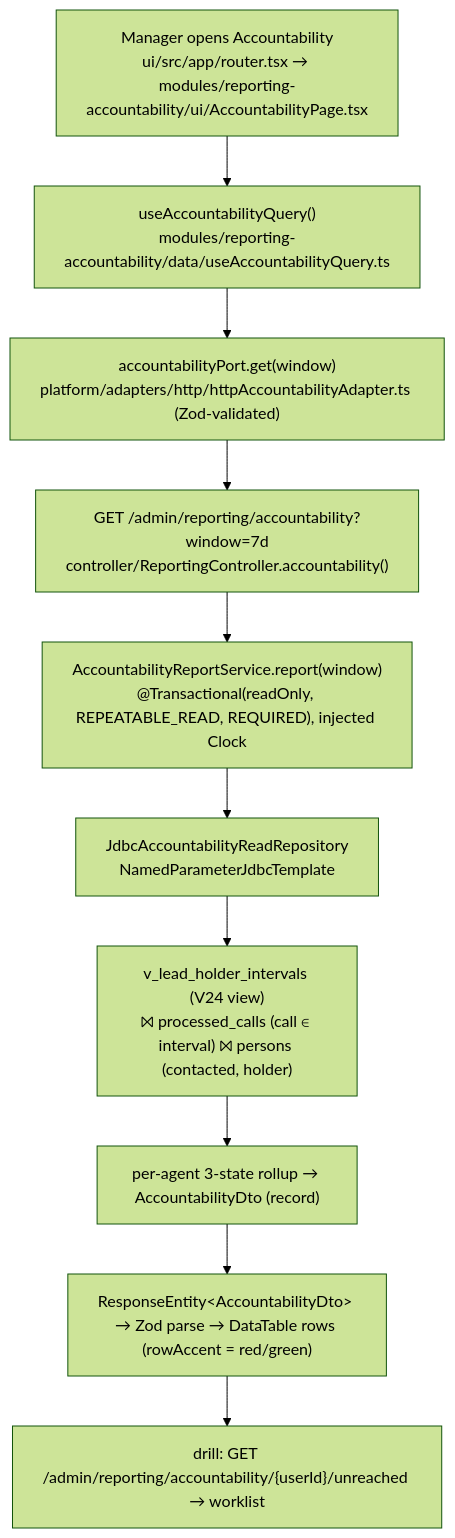
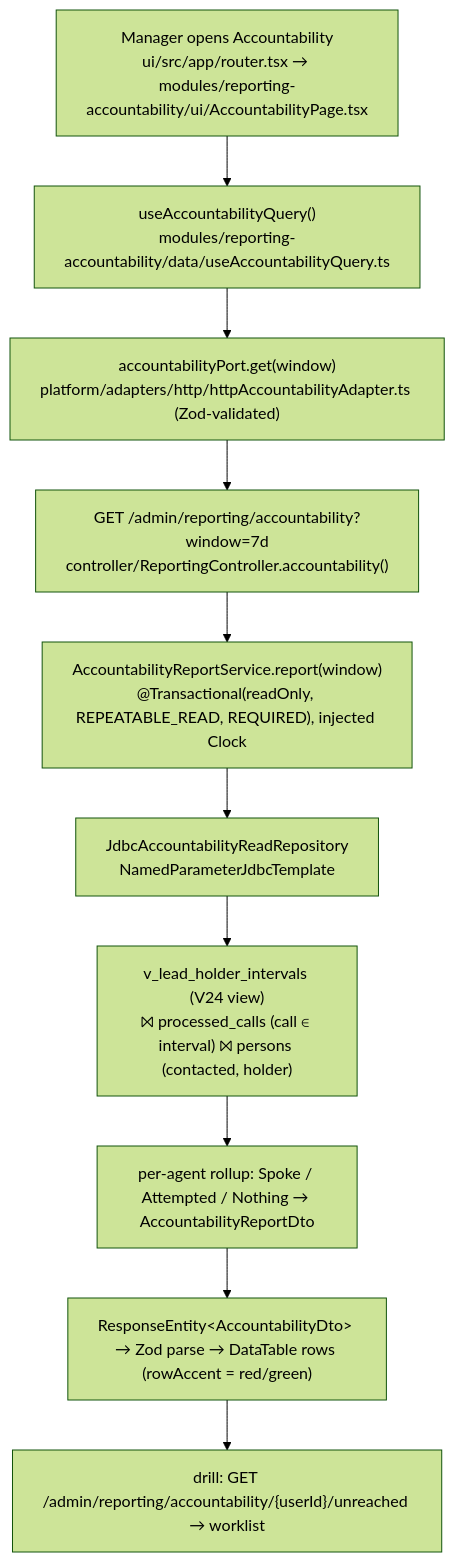
The diagram in Docs/features/reporting-platform/phase-2-implementation.md (sarathkumar365/FUB-Automation), drawn with Mermaid (forest theme) before and after one commit. The commit also changed other lines of this file and 4 other files, not shown here.

````diff
--- a/Docs/features/reporting-platform/phase-2-implementation.md
+++ b/Docs/features/reporting-platform/phase-2-implementation.md
@@ -231,13 +515,13 @@
 ```mermaid
 flowchart TB
   A["Manager opens Accountability<br/>ui/src/app/router.tsx → modules/reporting-accountability/ui/AccountabilityPage.tsx"]
   --> B["useAccountabilityQuery()<br/>modules/reporting-accountability/data/useAccountabilityQuery.ts"]
   --> C["accountabilityPort.get(window)<br/>platform/adapters/http/httpAccountabilityAdapter.ts (Zod-validated)"]
   --> D["GET /admin/reporting/accountability?window=7d<br/>controller/ReportingController.accountability()"]
   --> E["AccountabilityReportService.report(window)<br/>@Transactional(readOnly, REPEATABLE_READ, REQUIRED), injected Clock"]
   --> F["JdbcAccountabilityReadRepository<br/>NamedParameterJdbcTemplate"]
   F --> G["v_lead_holder_intervals (V24 view)<br/>⨝ processed_calls (call ∈ interval) ⨝ persons (contacted, holder)"]
-  G --> H["per-agent 3-state rollup → AccountabilityDto (record)"]
+  G --> H["per-agent rollup: Spoke / Attempted / Nothing → AccountabilityReportDto"]
   H --> I["ResponseEntity&lt;AccountabilityDto&gt; → Zod parse → DataTable rows (rowAccent = red/green)"]
   I --> J["drill: GET /admin/reporting/accountability/{userId}/unreached → worklist"]
 ```
````
